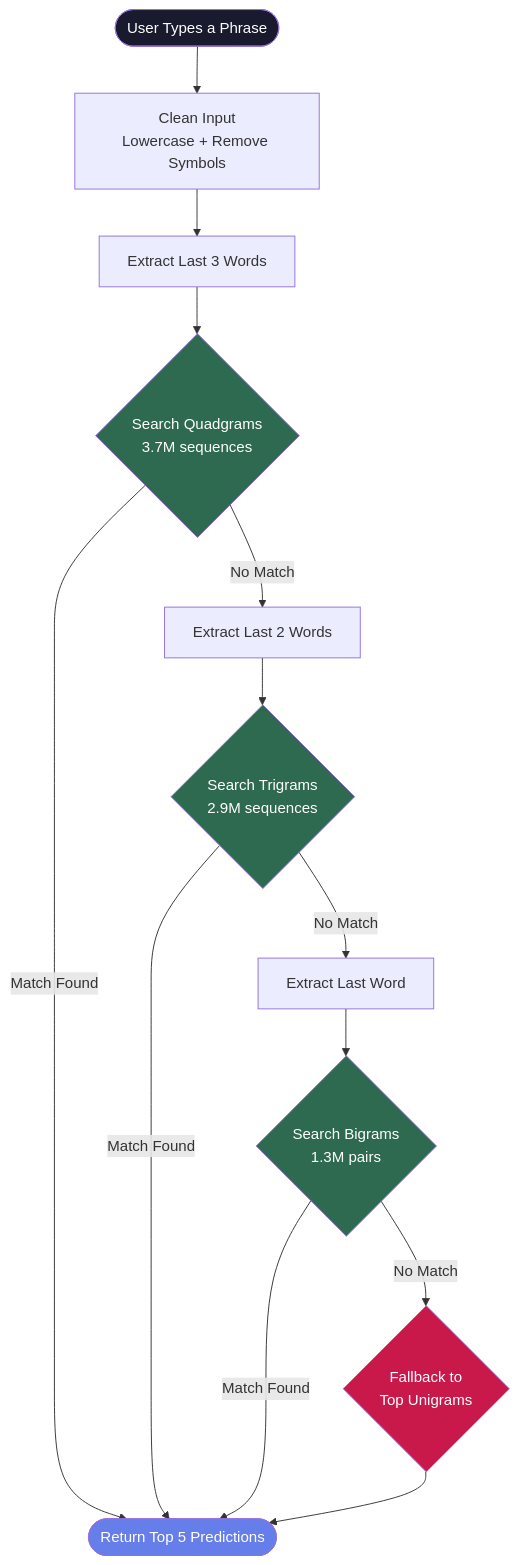
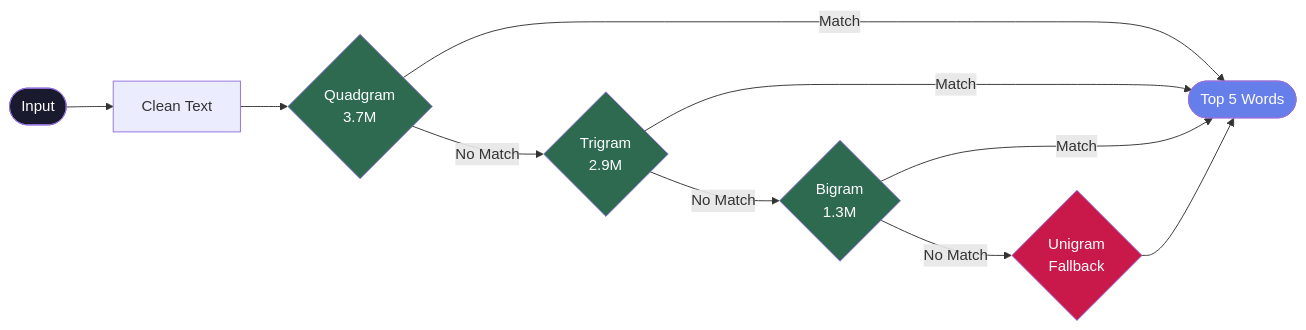
Before and after one commit to farhanbin65/next-word-predictor: the diagram in README.md, drawn with Mermaid. The commit also changed other lines of this file, not shown here.

Commit message:
Add full system architecture mermaid diagram

````diff
--- a/README.md
+++ b/README.md
@@ -20,26 +21,19 @@
 ```mermaid
-flowchart TD
-    A([User Types a Phrase]) --> B[Clean Input\nLowercase + Remove Symbols]
-    B --> C[Extract Last 3 Words]
-    
-    C --> D{Search Quadgrams\n3.7M sequences}
-    D -->|Match Found| E([Return Top 5 Predictions])
-    D -->|No Match| F[Extract Last 2 Words]
-    
-    F --> G{Search Trigrams\n2.9M sequences}
-    G -->|Match Found| E
-    G -->|No Match| H[Extract Last Word]
-    
-    H --> I{Search Bigrams\n1.3M pairs}
-    I -->|Match Found| E
-    I -->|No Match| J{Fallback to\nTop Unigrams}
-    
-    J --> E
+flowchart LR
+    A([Input]) --> B[Clean Text]
+    B --> C{Quadgram\n3.7M}
+    C -->|Match| E([Top 5 Words])
+    C -->|No Match| D{Trigram\n2.9M}
+    D -->|Match| E
+    D -->|No Match| F{Bigram\n1.3M}
+    F -->|Match| E
+    F -->|No Match| G{Unigram\nFallback}
+    G --> E
 
     style A fill:#1a1a2e,color:#fff
     style E fill:#667eea,color:#fff
+    style C fill:#2d6a4f,color:#fff
     style D fill:#2d6a4f,color:#fff
-    style G fill:#2d6a4f,color:#fff
-    style I fill:#2d6a4f,color:#fff
-    style J fill:#c9184a,color:#fff
+    style F fill:#2d6a4f,color:#fff
+    style G fill:#c9184a,color:#fff
 ```
````
